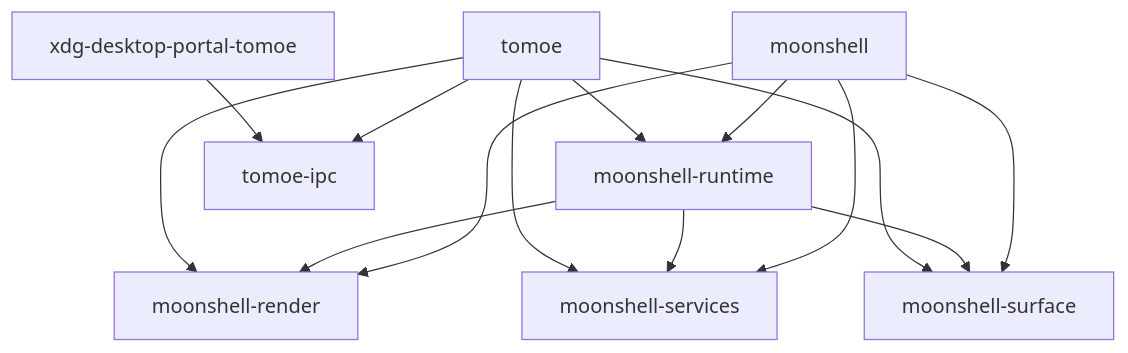
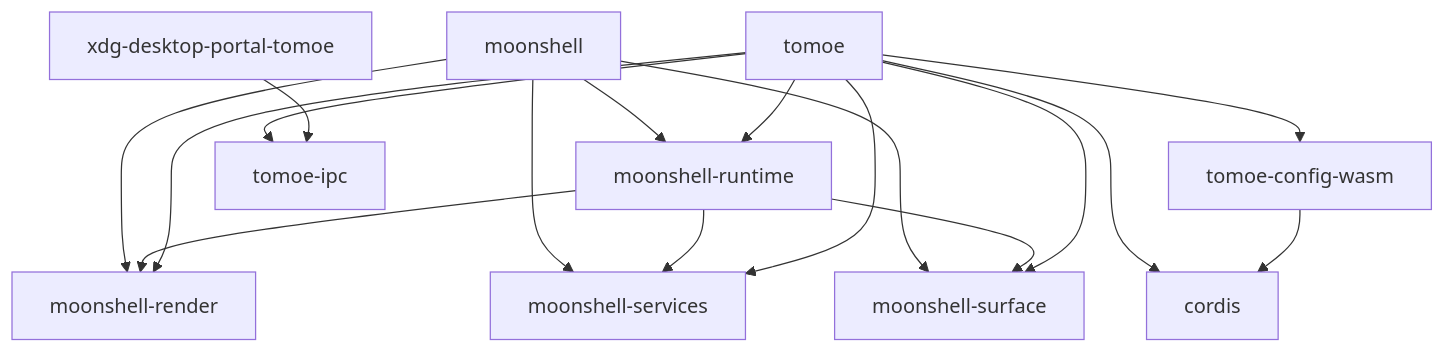
Before and after one commit to y0usaf/tomoe: the diagram in ARCHITECTURE.md, drawn with Mermaid. The commit also changed other lines of this file and 8 other files, not shown here.

````diff
--- a/ARCHITECTURE.md
+++ b/ARCHITECTURE.md
@@ -14,16 +14,19 @@
 ```mermaid
 graph TD
   moonshell["moonshell"] --> moonshell_render["moonshell-render"]
   moonshell["moonshell"] --> moonshell_runtime["moonshell-runtime"]
   moonshell["moonshell"] --> moonshell_services["moonshell-services"]
   moonshell["moonshell"] --> moonshell_surface["moonshell-surface"]
   moonshell_runtime["moonshell-runtime"] --> moonshell_render["moonshell-render"]
   moonshell_runtime["moonshell-runtime"] --> moonshell_services["moonshell-services"]
   moonshell_runtime["moonshell-runtime"] --> moonshell_surface["moonshell-surface"]
+  tomoe["tomoe"] --> cordis["cordis"]
   tomoe["tomoe"] --> moonshell_render["moonshell-render"]
   tomoe["tomoe"] --> moonshell_runtime["moonshell-runtime"]
   tomoe["tomoe"] --> moonshell_services["moonshell-services"]
   tomoe["tomoe"] --> moonshell_surface["moonshell-surface"]
+  tomoe["tomoe"] --> tomoe_config_wasm["tomoe-config-wasm"]
   tomoe["tomoe"] --> tomoe_ipc["tomoe-ipc"]
+  tomoe_config_wasm["tomoe-config-wasm"] --> cordis["cordis"]
   xdg_desktop_portal_tomoe["xdg-desktop-portal-tomoe"] --> tomoe_ipc["tomoe-ipc"]
 ```
````
